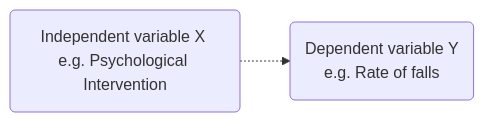
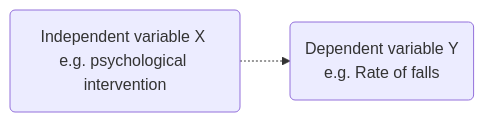
One commit to bougioukas/statsocial changed the second of 4 diagrams in intro.qmd. Above: the diagram before and after it, drawn with Mermaid. The commit also changed other lines of this file and 8 other files, not shown here.

````diff
--- a/intro.qmd
+++ b/intro.qmd
@@ -191,6 +190,6 @@
 ```{mermaid}
 %%| fig-align: center
 
 flowchart LR
-  A(Independent variable X \ne.g. Psychological Intervention) -.-> B(Dependent variable Y \ne.g. Rate of falls)
+  A(Independent variable X \ne.g. psychological intervention) -.-> B(Dependent variable Y \ne.g. Rate of falls)
 ```
````
